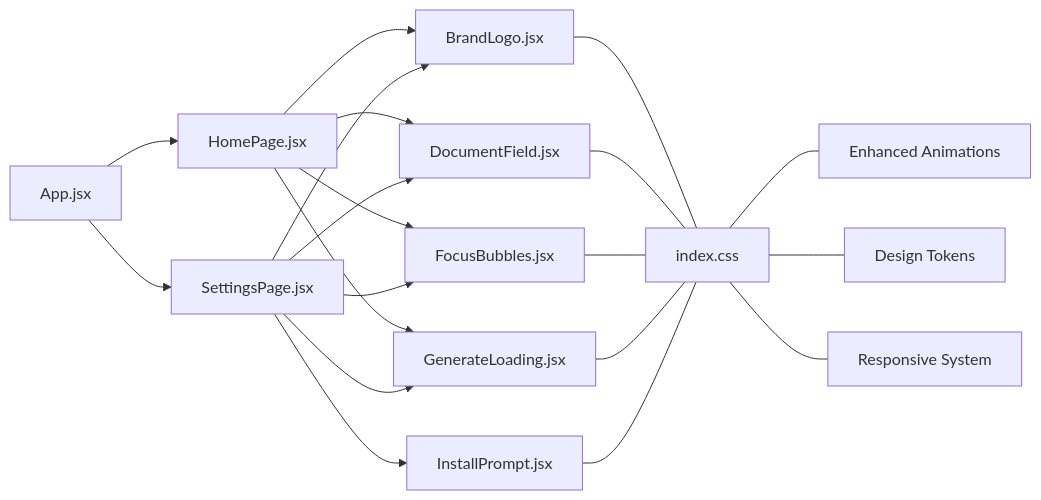
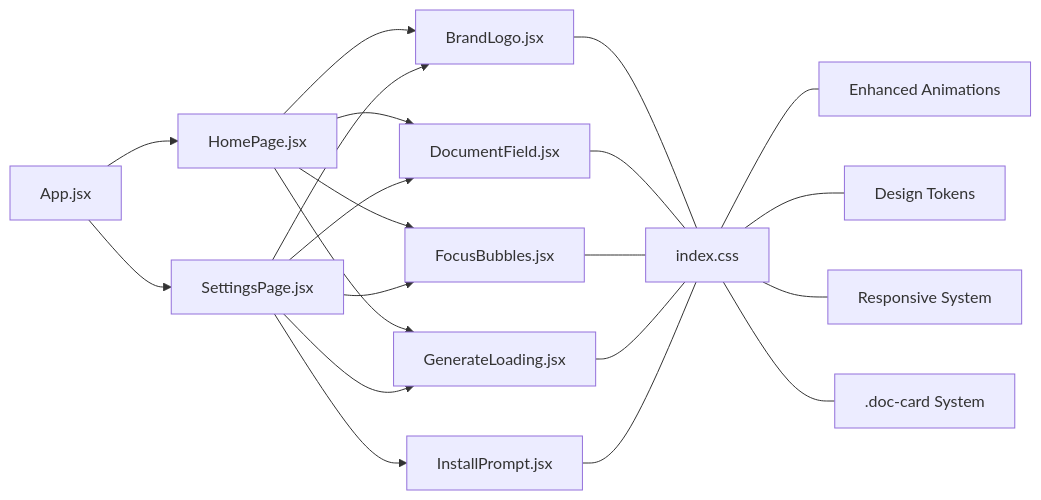
The third of 3 diagrams in .qoder/repowiki/en/content/Component Library/UI Components.md (zmyeo54/briefroom), drawn with Mermaid before and after one commit. The commit also changed other lines of this file and 42 other files, not shown here.

````diff
--- a/.qoder/repowiki/en/content/Component Library/UI Components.md
+++ b/.qoder/repowiki/en/content/Component Library/UI Components.md
@@ -392,22 +395,23 @@
 ```mermaid
 graph LR
 App["App.jsx"] --> HomePage["HomePage.jsx"]
 App --> SettingsPage["SettingsPage.jsx"]
 HomePage --> BrandLogo["BrandLogo.jsx"]
 HomePage --> DocumentField["DocumentField.jsx"]
 HomePage --> FocusBubbles["FocusBubbles.jsx"]
 HomePage --> GenerateLoading["GenerateLoading.jsx"]
 SettingsPage --> BrandLogo
 SettingsPage --> DocumentField
 SettingsPage --> FocusBubbles
 SettingsPage --> GenerateLoading
 SettingsPage --> InstallPrompt["InstallPrompt.jsx"]
 BrandLogo --- CSS["index.css"]
 DocumentField --- CSS
 FocusBubbles --- CSS
 GenerateLoading --- CSS
 InstallPrompt --- CSS
 CSS --- Animations["Enhanced Animations"]
 CSS --- Tokens["Design Tokens"]
 CSS --- Responsive["Responsive System"]
+CSS --- DocCards[".doc-card System"]
 ```
````
